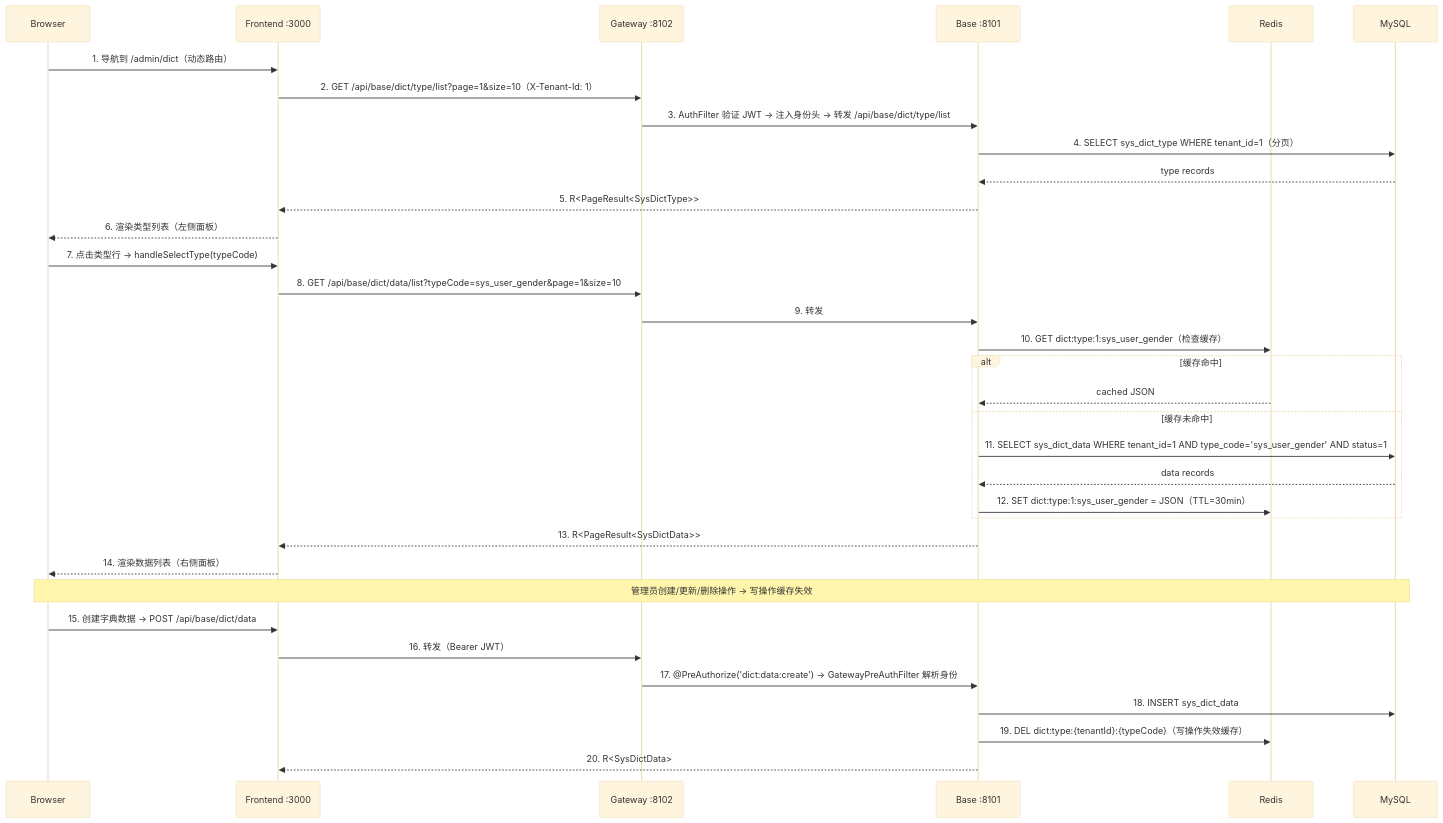
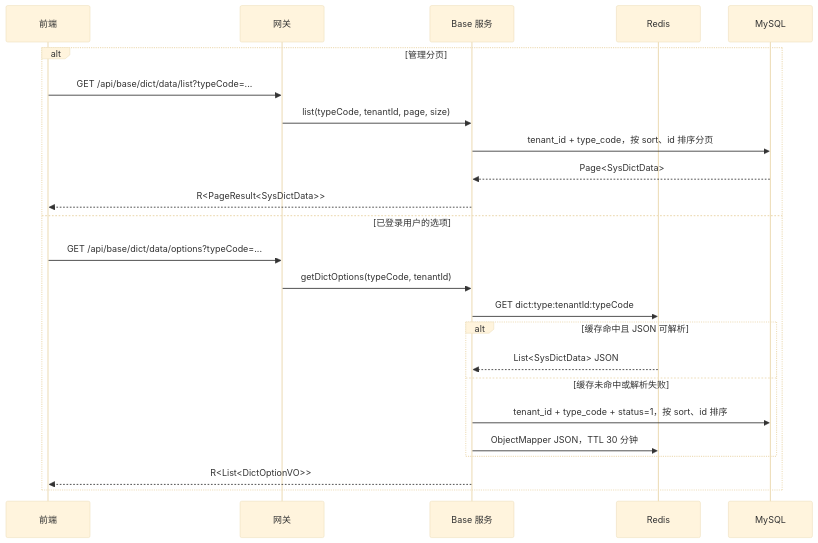
One commit to wang-baohai/Omni-Stack changed the ninth of 21 diagrams in docs/core-flows.md. Above: the diagram before and after it, drawn with Mermaid (base theme). The commit also changed other lines of this file and 1095 other files, not shown here.

````diff
--- a/docs/core-flows.md
+++ b/docs/core-flows.md
@@ -1042,39 +850,26 @@
 ```mermaid
 sequenceDiagram
-    participant B as Browser
-    participant F as Frontend :3000
-    participant G as Gateway :8102
-    participant Base as Base :8101
+    participant F as 前端
+    participant G as 网关
+    participant B as Base 服务
     participant R as Redis
-    participant M as MySQL
-
-    B->>F: 1. 导航到 /admin/dict（动态路由）
-    F->>G: 2. GET /api/base/dict/type/list?page=1&size=10（X-Tenant-Id: 1）
-    G->>Base: 3. AuthFilter 验证 JWT → 注入身份头 → 转发 /api/base/dict/type/list
-    Base->>M: 4. SELECT sys_dict_type WHERE tenant_id=1（分页）
-    M-->>Base: type records
-    Base-->>F: 5. R<PageResult<SysDictType>>
-    F-->>B: 6. 渲染类型列表（左侧面板）
-
-    B->>F: 7. 点击类型行 → handleSelectType(typeCode)
-    F->>G: 8. GET /api/base/dict/data/list?typeCode=sys_user_gender&page=1&size=10
-    G->>Base: 9. 转发
-    Base->>R: 10. GET dict:type:1:sys_user_gender（检查缓存）
-    alt 缓存命中
-        R-->>Base: cached JSON
-    else 缓存未命中
-        Base->>M: 11. SELECT sys_dict_data WHERE tenant_id=1 AND type_code='sys_user_gender' AND status=1
-        M-->>Base: data records
-        Base->>R: 12. SET dict:type:1:sys_user_gender = JSON（TTL=30min）
+    participant D as MySQL
+    alt 管理分页
+        F->>G: GET /api/base/dict/data/list?typeCode=...
+        G->>B: list(typeCode, tenantId, page, size)
+        B->>D: tenant_id + type_code，按 sort、id 排序分页
+        D-->>B: Page<SysDictData>
+        B-->>F: R<PageResult<SysDictData>>
+    else 已登录用户的选项
+        F->>G: GET /api/base/dict/data/options?typeCode=...
+        G->>B: getDictOptions(typeCode, tenantId)
+        B->>R: GET dict:type:tenantId:typeCode
+        alt 缓存命中且 JSON 可解析
+            R-->>B: List<SysDictData> JSON
+        else 缓存未命中或解析失败
+            B->>D: tenant_id + type_code + status=1，按 sort、id 排序
+            B->>R: ObjectMapper JSON，TTL 30 分钟
+        end
+        B-->>F: R<List<DictOptionVO>>
     end
-    Base-->>F: 13. R<PageResult<SysDictData>>
-    F-->>B: 14. 渲染数据列表（右侧面板）
-
-    Note over B,M: 管理员创建/更新/删除操作 → 写操作缓存失效
-    B->>F: 15. 创建字典数据 → POST /api/base/dict/data
-    F->>G: 16. 转发（Bearer JWT）
-    G->>Base: 17. @PreAuthorize('dict:data:create') → GatewayPreAuthFilter 解析身份
-    Base->>M: 18. INSERT sys_dict_data
-    Base->>R: 19. DEL dict:type:{tenantId}:{typeCode}（写操作失效缓存）
-    Base-->>F: 20. R<SysDictData>
 ```
````
